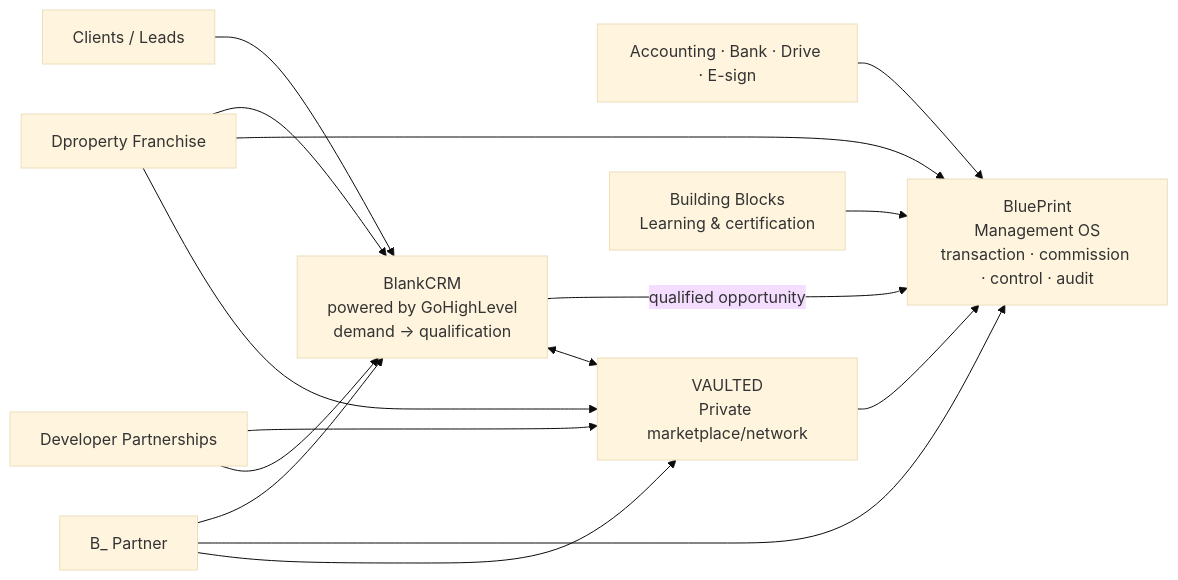
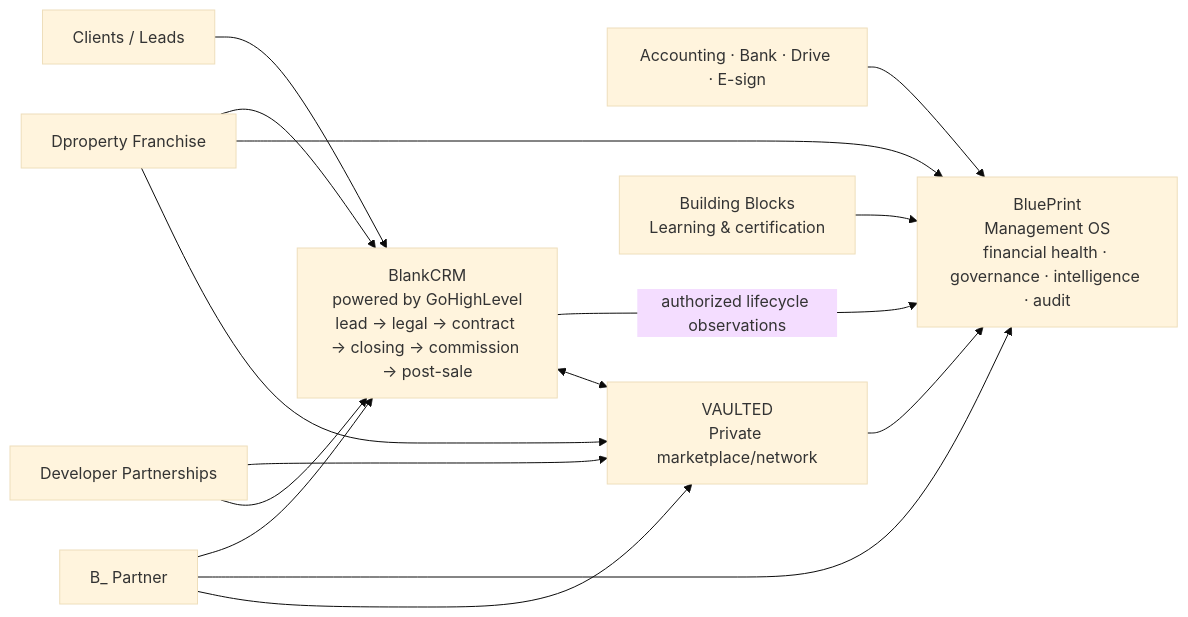
The diagram in second_brain/01_Canon/01 - Ecosystem Master Map.md (esteban123210/Dproperty_OS), drawn with Mermaid (base theme) before and after one commit. The commit also changed other lines of this file and 200 other files, not shown here.

Commit message:
Align BlankCRM execution and BluePrint management architecture

````diff
--- a/second_brain/01_Canon/01 - Ecosystem Master Map.md
+++ b/second_brain/01_Canon/01 - Ecosystem Master Map.md
@@ -26,26 +26,26 @@
 ```mermaid
 flowchart LR
     C["Clients / Leads"] --> CRM["BlankCRM
 powered by GoHighLevel
-demand → qualification"]
-    CRM -->|"qualified opportunity"| BP["BluePrint
+lead → legal → contract → closing → commission → post-sale"]
+    CRM -->|"authorized lifecycle observations"| BP["BluePrint
 Management OS
-transaction · commission · control · audit"]
+financial health · governance · intelligence · audit"]
     EXT["Accounting · Bank · Drive · E-sign"] --> BP
     CRM <--> VA["VAULTED
 Private marketplace/network"]
     VA --> BP
     AC["Building Blocks
 Learning & certification"] --> BP
 
     FR["Dproperty Franchise"] --> CRM
     FR --> BP
     FR --> VA
 
     PT["B_ Partner"] --> CRM
     PT --> BP
     PT --> VA
 
     DEV["Developer Partnerships"] --> VA
     DEV --> CRM
 ```
````
